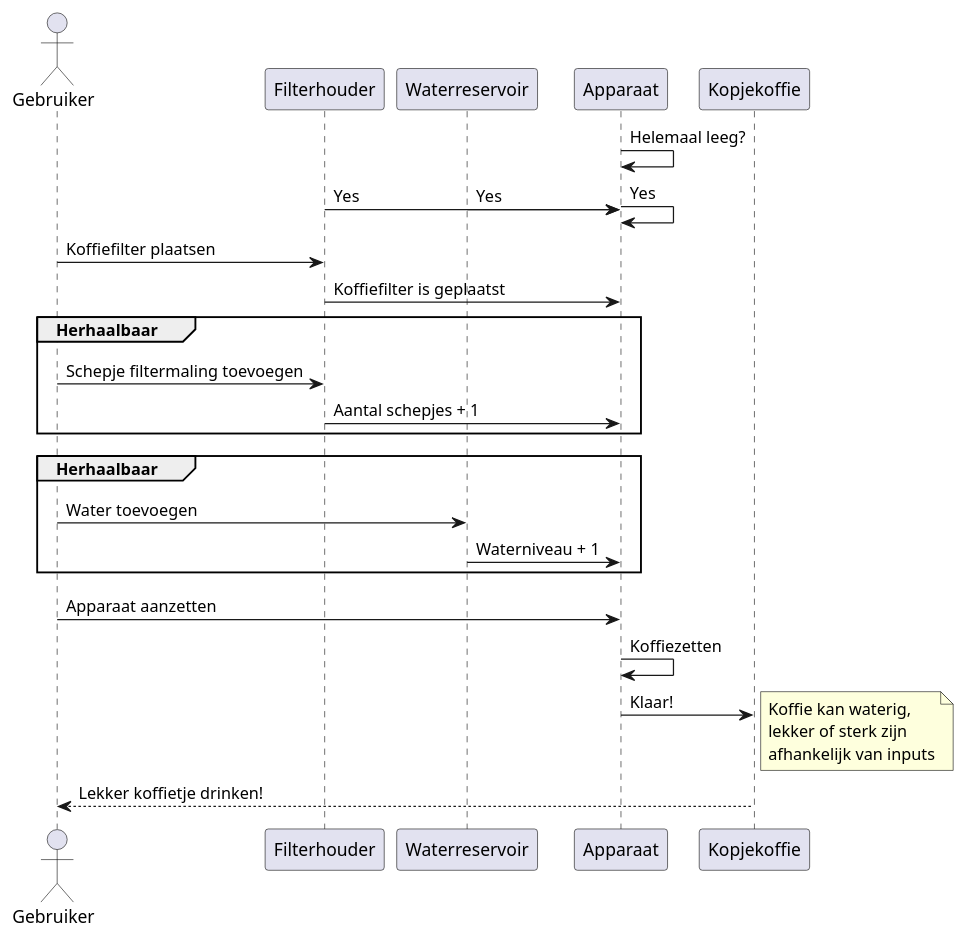
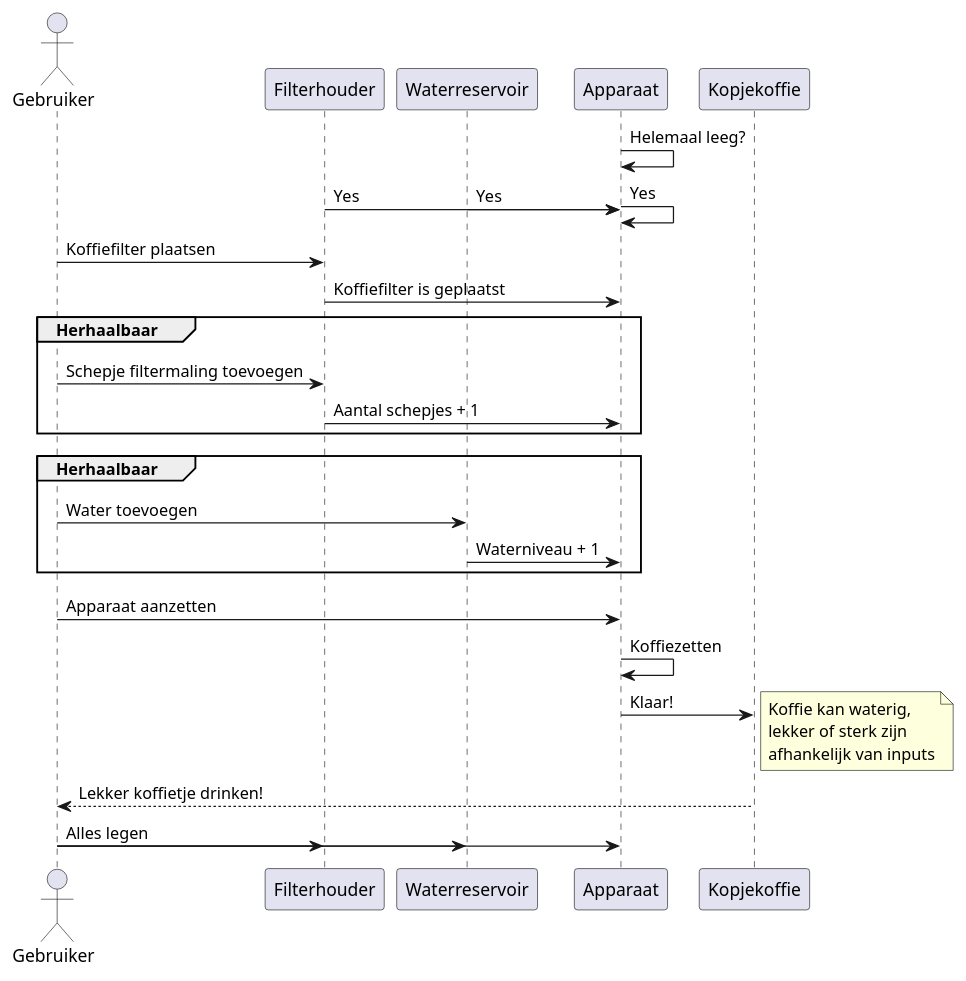
One commit to SanderV8/KoffieZettenDiagram changed the diagram in src/chapter_2.md. Above: the diagram before and after it, drawn with PlantUML. The commit also changed 2 other files, not shown here.

Commit message:
Gebruiker kan apparaat nu legen

````diff
--- a/src/chapter_2.md
+++ b/src/chapter_2.md
@@ -3,47 +3,50 @@
 ```plantuml
 
 @startuml 
 actor Gebruiker
 participant Filterhouder
 participant Waterreservoir
 participant Apparaat
 participant Kopjekoffie
 !pragma teoz true
 
 Apparaat -> Apparaat : Helemaal leeg?
 Filterhouder -> Apparaat : Yes
 & Waterreservoir -> Apparaat : Yes
 & Apparaat -> Apparaat : Yes
 
 Gebruiker -> Filterhouder : Koffiefilter plaatsen
 Filterhouder -> Apparaat : Koffiefilter is geplaatst
 
 Group Herhaalbaar
 
     Gebruiker -> Filterhouder : Schepje filtermaling toevoegen
     Filterhouder -> Apparaat : Aantal schepjes + 1
 
 end
 
 Group Herhaalbaar
 
     Gebruiker -> Waterreservoir : Water toevoegen
     Waterreservoir -> Apparaat : Waterniveau + 1
 
 end
 
 Gebruiker -> Apparaat : Apparaat aanzetten
 Apparaat -> Apparaat : Koffiezetten
 
 Apparaat -> Kopjekoffie : Klaar!
 note right
 Koffie kan waterig,
 lekker of sterk zijn
 afhankelijk van inputs
 end note
 
 Kopjekoffie --> Gebruiker : Lekker koffietje drinken!
 
+Gebruiker -> Filterhouder : Alles legen
+& Gebruiker -> Waterreservoir
+& Gebruiker -> Apparaat
 
 @enduml
 ```
````
